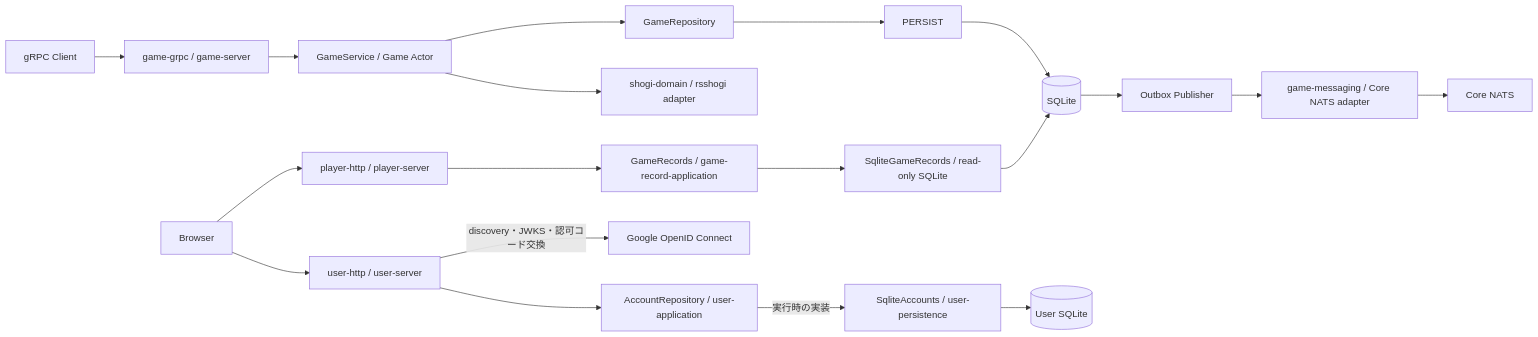
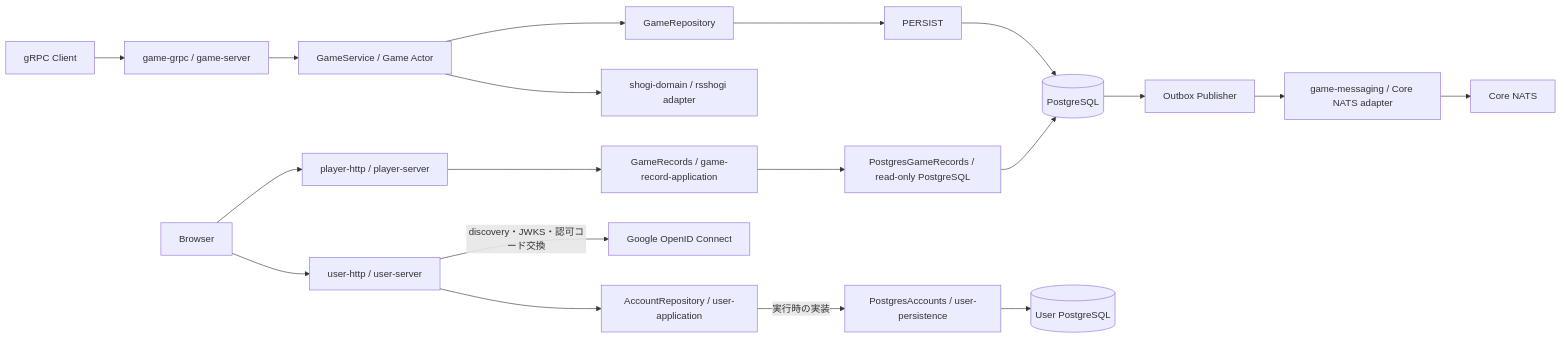
Before and after one commit to take44444/shogi-backend: the first of 6 diagrams in docs/design/architecture.md, drawn with Mermaid. The commit also changed other lines of this file and 45 other files, not shown here.

Commit message:
Use PostgreSQL instead of SQLite

````diff
--- a/docs/design/architecture.md
+++ b/docs/design/architecture.md
@@ -33,21 +33,21 @@
 ```mermaid
 flowchart LR
   C[gRPC Client] --> RPC[game-grpc / game-server]
   WEB[Browser] --> HTTP[user-http / user-server]
   WEB --> PLAYER[player-http / player-server]
   PLAYER --> RECORD[GameRecords / game-record-application]
-  RECORD --> READER[SqliteGameRecords / read-only SQLite]
+  RECORD --> READER[PostgresGameRecords / read-only PostgreSQL]
   READER --> DB
   HTTP --> UR[AccountRepository / user-application]
-  UR -->|実行時の実装| UP[SqliteAccounts / user-persistence]
-  UP --> UDB[(User SQLite)]
+  UR -->|実行時の実装| UP[PostgresAccounts / user-persistence]
+  UP --> UDB[(User PostgreSQL)]
   HTTP -->|discovery・JWKS・認可コード交換| GOOGLE[Google OpenID Connect]
   RPC --> APP[GameService / Game Actor]
   APP --> DOMAIN[shogi-domain / rsshogi adapter]
   APP --> GR[GameRepository]
   GR --> PERSIST
-  PERSIST --> DB[(SQLite)]
+  PERSIST --> DB[(PostgreSQL)]
   DB --> OUT[Outbox Publisher]
   OUT --> MSG[game-messaging / Core NATS adapter]
   MSG --> NATS[Core NATS]
 ```
````
